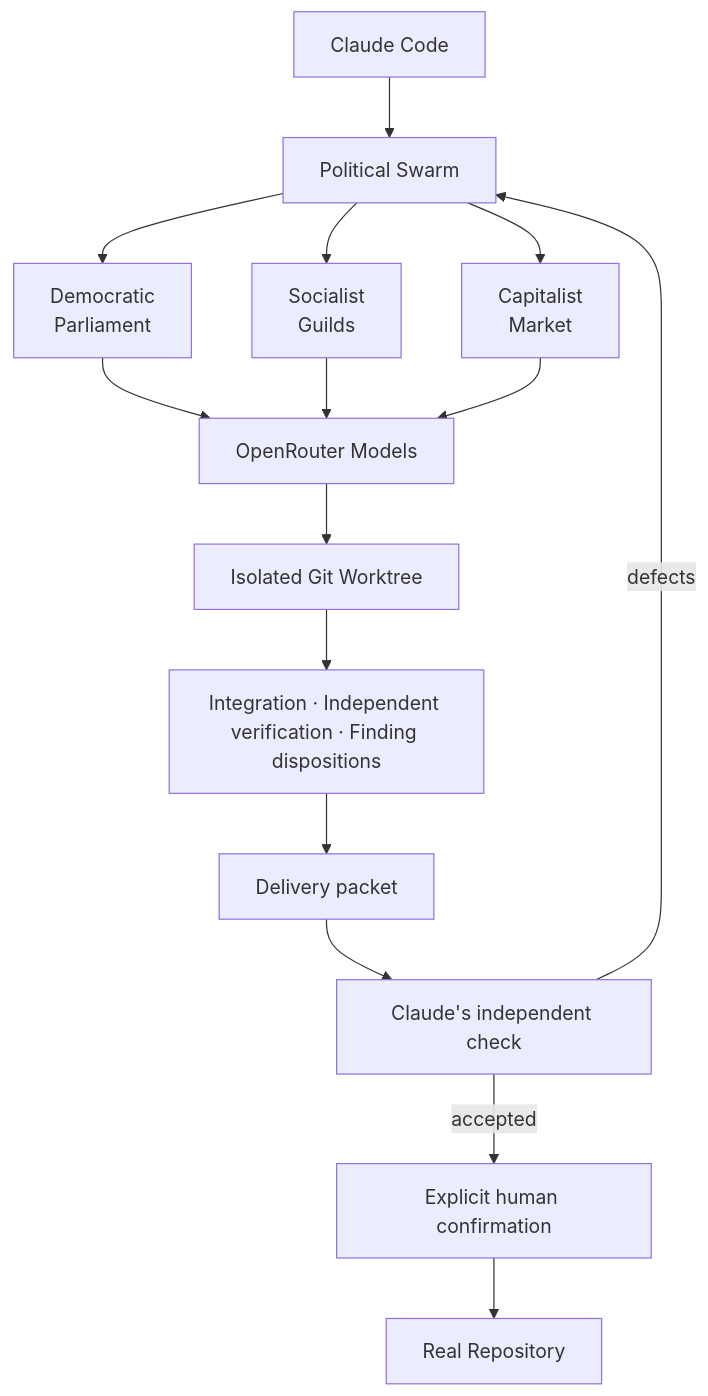
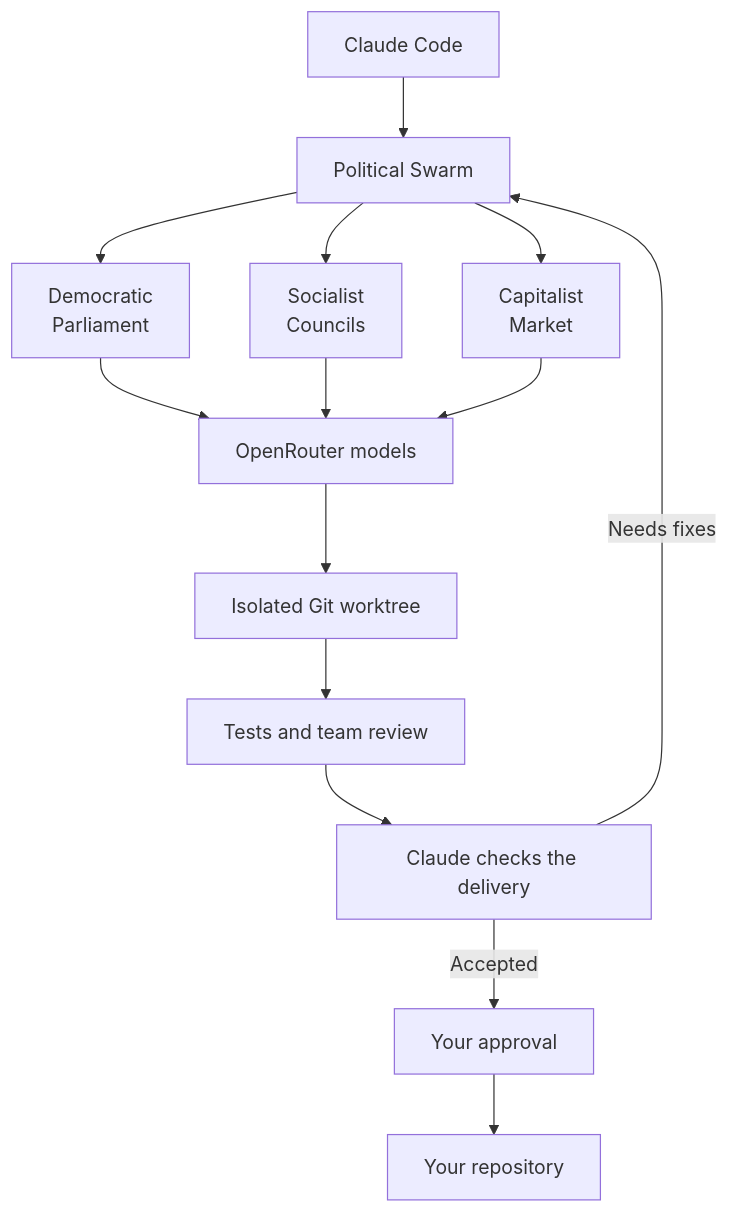
Before and after one commit to dgcarr/political-swarm: the diagram in README.md, drawn with Mermaid. The commit also changed other lines of this file and 2 other files, not shown here.

````diff
--- a/README.md
+++ b/README.md
@@ -35,17 +21,16 @@
 ```mermaid
 flowchart TD
     C[Claude Code] --> P[Political Swarm]
     P --> D[Democratic<br/>Parliament]
-    P --> S[Socialist<br/>Guilds]
+    P --> S[Socialist<br/>Councils]
     P --> K[Capitalist<br/>Market]
-    D --> O[OpenRouter Models]
+    D --> O[OpenRouter models]
     S --> O
     K --> O
-    O --> W[Isolated Git Worktree]
-    W --> B[Integration · Independent verification · Finding dispositions]
-    B --> A[Delivery packet]
-    A --> I[Claude's independent check]
-    I -->|defects| P
-    I -->|accepted| H[Explicit human confirmation]
-    H --> R[Real Repository]
+    O --> W[Isolated Git worktree]
+    W --> V[Tests and team review]
+    V --> I[Claude checks the delivery]
+    I -->|Needs fixes| P
+    I -->|Accepted| H[Your approval]
+    H --> R[Your repository]
 ```
````
